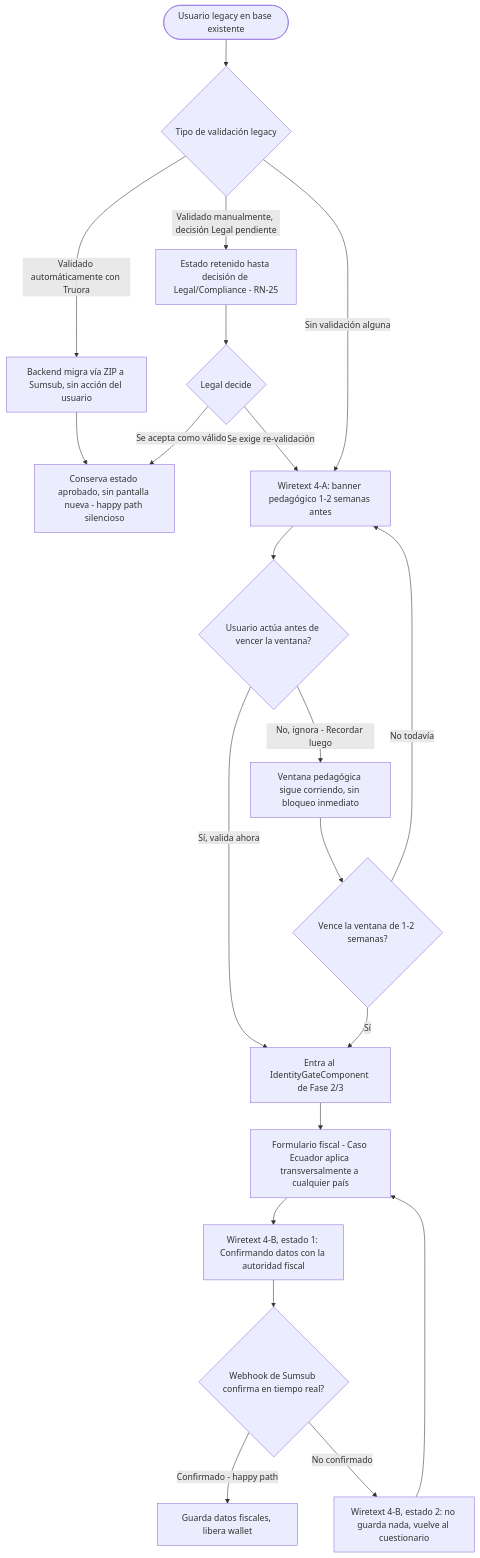
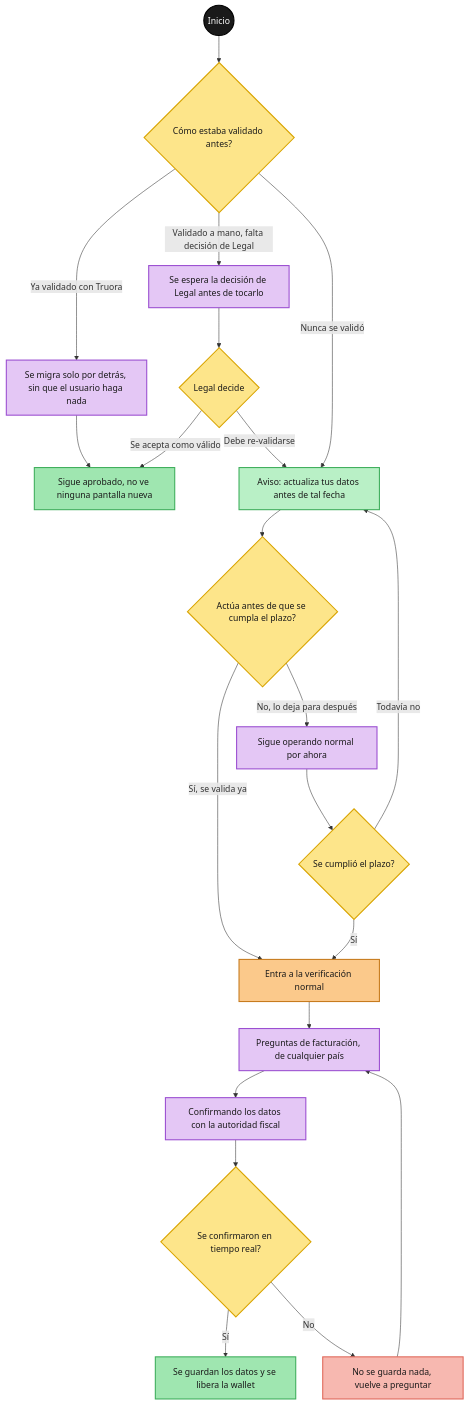
One commit to catalinagiraldo-gif/validacion-identidad changed the seventh of 8 diagrams in docs/validacion/Plan2.md. Above: the diagram before and after it, drawn with Mermaid. The commit also changed other lines of this file, not shown here.

Commit message:
code mermaid

````diff
--- a/docs/validacion/Plan2.md
+++ b/docs/validacion/Plan2.md
@@ -818,26 +909,42 @@
 ```mermaid
 flowchart TD
-    START([Usuario legacy en base existente]) --> TIPO{Tipo de validación legacy}
-    TIPO -->|Validado automáticamente con Truora| ZIP[Backend migra vía ZIP a Sumsub, sin acción del usuario]
-    ZIP --> INVISIBLE[Conserva estado aprobado, sin pantalla nueva - happy path silencioso]
+    classDef inicioFin fill:#1a1a1a,stroke:#000000,color:#ffffff,stroke-width:2px
+    classDef pantalla fill:#b9f0c6,stroke:#3fae5c,color:#1a1a1a,stroke-width:2px
+    classDef pantallaNueva fill:#fbc98b,stroke:#c77b1e,color:#1a1a1a,stroke-width:2px
+    classDef accion fill:#e4c7f5,stroke:#9b4fd1,color:#1a1a1a,stroke-width:2px
+    classDef decision fill:#fde58a,stroke:#d9a400,color:#1a1a1a,stroke-width:2px
+    classDef si fill:#9fe6b0,stroke:#3fae5c,color:#1a1a1a,stroke-width:2px
+    classDef no fill:#f7b8b0,stroke:#e0685a,color:#1a1a1a,stroke-width:2px
 
-    TIPO -->|Validado manualmente, decisión Legal pendiente| LEGALHOLD[Estado retenido hasta decisión de Legal/Compliance - RN-25]
+    START((Inicio)) --> TIPO{Cómo estaba validado antes?}
+    TIPO -->|Ya validado con Truora| ZIP[Se migra solo por detrás, sin que el usuario haga nada]
+    ZIP --> INVISIBLE[Sigue aprobado, no ve ninguna pantalla nueva]
+
+    TIPO -->|Validado a mano, falta decisión de Legal| LEGALHOLD[Se espera la decisión de Legal antes de tocarlo]
     LEGALHOLD --> LEGALDEC{Legal decide}
     LEGALDEC -->|Se acepta como válido| INVISIBLE
-    LEGALDEC -->|Se exige re-validación| BANNER
+    LEGALDEC -->|Debe re-validarse| BANNER
 
-    TIPO -->|Sin validación alguna| BANNER[Wiretext 4-A: banner pedagógico 1-2 semanas antes]
-    BANNER --> ACT{Usuario actúa antes de vencer la ventana?}
-    ACT -->|Sí, valida ahora| GATE[Entra al IdentityGateComponent de Fase 2/3]
-    ACT -->|No, ignora - Recordar luego| WAIT[Ventana pedagógica sigue corriendo, sin bloqueo inmediato]
-    WAIT --> EXPIRE{Vence la ventana de 1-2 semanas?}
+    TIPO -->|Nunca se validó| BANNER[Aviso: actualiza tus datos antes de tal fecha]
+    BANNER --> ACT{Actúa antes de que se cumpla el plazo?}
+    ACT -->|Sí, se valida ya| GATE[Entra a la verificación normal]
+    ACT -->|No, lo deja para después| WAIT[Sigue operando normal por ahora]
+    WAIT --> EXPIRE{Se cumplió el plazo?}
     EXPIRE -->|Sí| GATE
-    EXPIRE -->|No todavía| BANNER
+    EXPIRE -->|Todavía no| BANNER
 
-    GATE --> FISCAL[Formulario fiscal - Caso Ecuador aplica transversalmente a cualquier país]
-    FISCAL --> WEBHOOK[Wiretext 4-B, estado 1: Confirmando datos con la autoridad fiscal]
-    WEBHOOK --> WHRESULT{Webhook de Sumsub confirma en tiempo real?}
-    WHRESULT -->|Confirmado - happy path| SAVE[Guarda datos fiscales, libera wallet]
-    WHRESULT -->|No confirmado| REJECTSAVE[Wiretext 4-B, estado 2: no guarda nada, vuelve al cuestionario]
+    GATE --> FISCAL[Preguntas de facturación, de cualquier país]
+    FISCAL --> WEBHOOK[Confirmando los datos con la autoridad fiscal]
+    WEBHOOK --> WHRESULT{Se confirmaron en tiempo real?}
+    WHRESULT -->|Sí| SAVE[Se guardan los datos y se libera la wallet]
+    WHRESULT -->|No| REJECTSAVE[No se guarda nada, vuelve a preguntar]
     REJECTSAVE --> FISCAL
+
+    class START inicioFin
+    class TIPO,LEGALDEC,ACT,EXPIRE,WHRESULT decision
+    class ZIP,LEGALHOLD,WAIT,FISCAL,WEBHOOK accion
+    class GATE pantallaNueva
+    class BANNER pantalla
+    class INVISIBLE,SAVE si
+    class REJECTSAVE no
 ```
````
